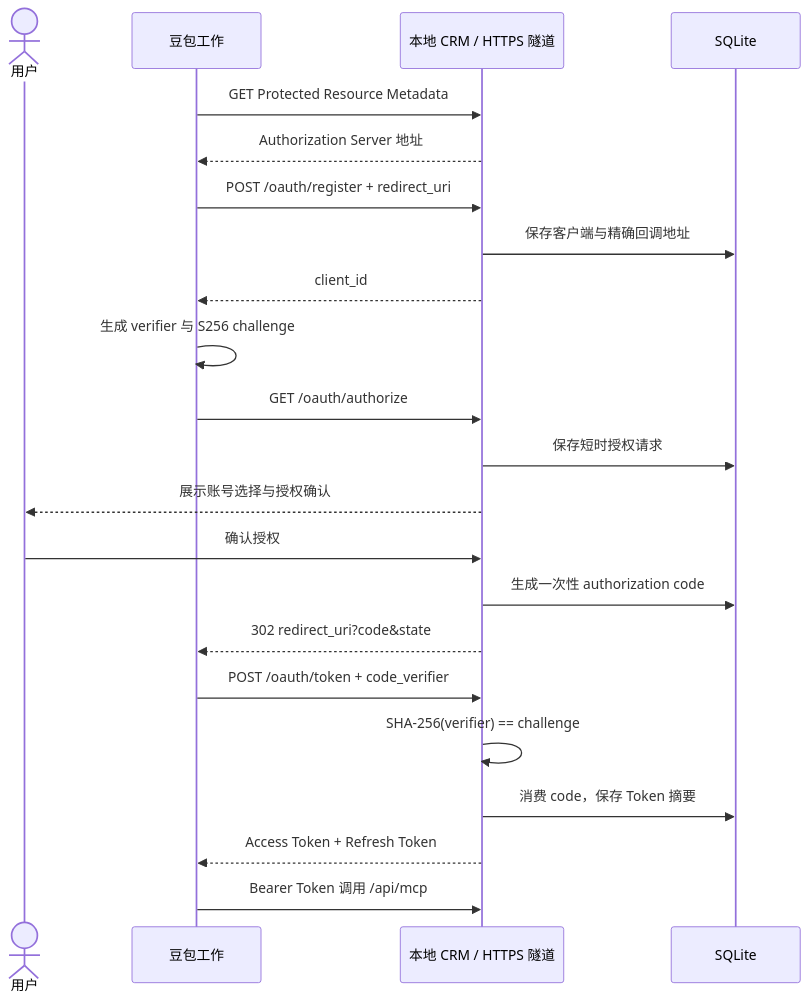
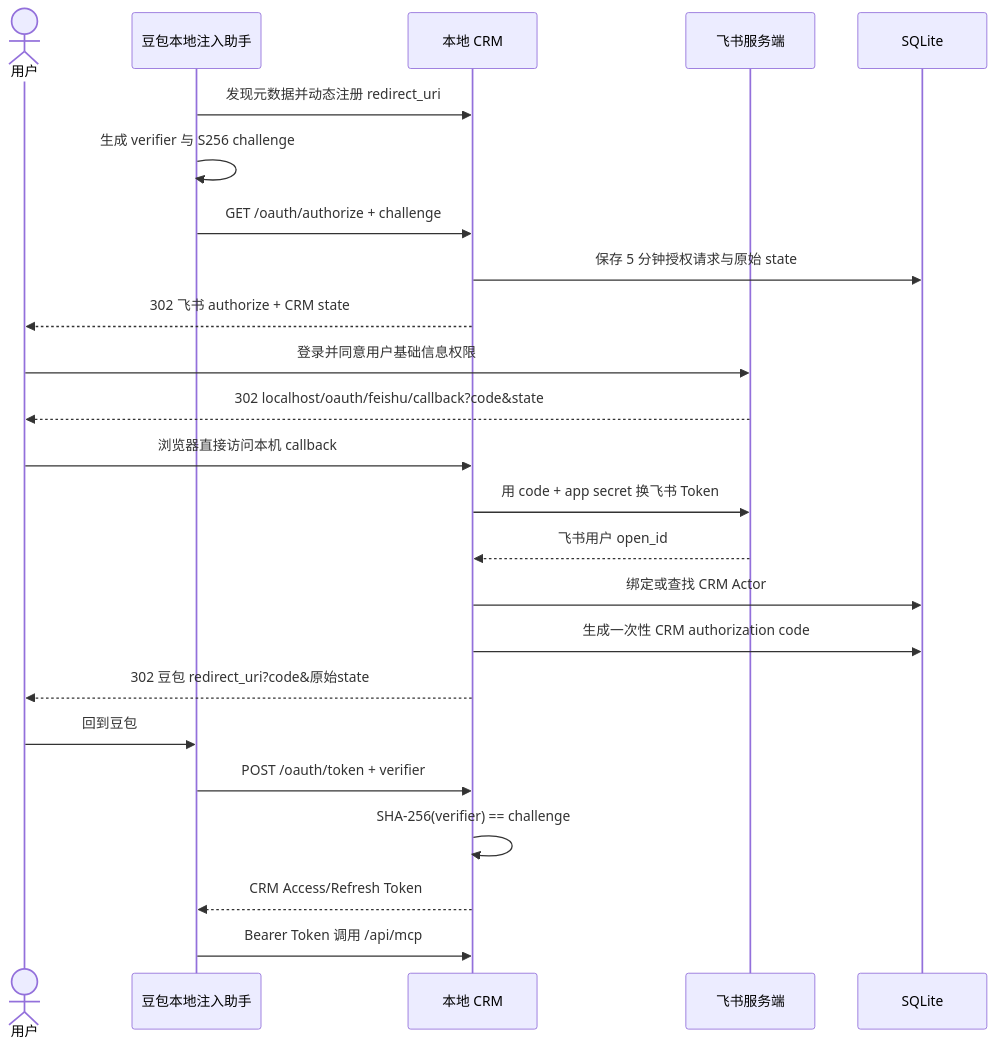
The diagram in docs/oauth.md (vibe-lark/magic-crm-local), drawn with Mermaid before and after one commit. The commit also changed other lines of this file and 31 other files, not shown here.

````diff
--- a/docs/oauth.md
+++ b/docs/oauth.md
@@ -9,25 +18,26 @@
 ```mermaid
 sequenceDiagram
-  actor User as 用户
-  participant D as 豆包工作
-  participant M as 本地 CRM / HTTPS 隧道
+  actor U as 用户
+  participant D as 豆包本地注入助手
+  participant C as 本地 CRM
+  participant F as 飞书服务端
   participant DB as SQLite
-
-  D->>M: GET Protected Resource Metadata
-  M-->>D: Authorization Server 地址
-  D->>M: POST /oauth/register + redirect_uri
-  M->>DB: 保存客户端与精确回调地址
-  M-->>D: client_id
+  D->>C: 发现元数据并动态注册 redirect_uri
   D->>D: 生成 verifier 与 S256 challenge
-  D->>M: GET /oauth/authorize
-  M->>DB: 保存短时授权请求
-  M-->>User: 展示账号选择与授权确认
-  User->>M: 确认授权
-  M->>DB: 生成一次性 authorization code
-  M-->>D: 302 redirect_uri?code&state
-  D->>M: POST /oauth/token + code_verifier
-  M->>M: SHA-256(verifier) == challenge
-  M->>DB: 消费 code，保存 Token 摘要
-  M-->>D: Access Token + Refresh Token
-  D->>M: Bearer Token 调用 /api/mcp
+  D->>C: GET /oauth/authorize + challenge
+  C->>DB: 保存 5 分钟授权请求与原始 state
+  C-->>U: 302 飞书 authorize + CRM state
+  U->>F: 登录并同意用户基础信息权限
+  F-->>U: 302 localhost/oauth/feishu/callback?code&state
+  U->>C: 浏览器直接访问本机 callback
+  C->>F: 用 code + app secret 换飞书 Token
+  F-->>C: 飞书用户 open_id
+  C->>DB: 绑定或查找 CRM Actor
+  C->>DB: 生成一次性 CRM authorization code
+  C-->>U: 302 豆包 redirect_uri?code&原始state
+  U->>D: 回到豆包
+  D->>C: POST /oauth/token + verifier
+  C->>C: SHA-256(verifier) == challenge
+  C-->>D: CRM Access/Refresh Token
+  D->>C: Bearer Token 调用 /api/mcp
 ```
````
